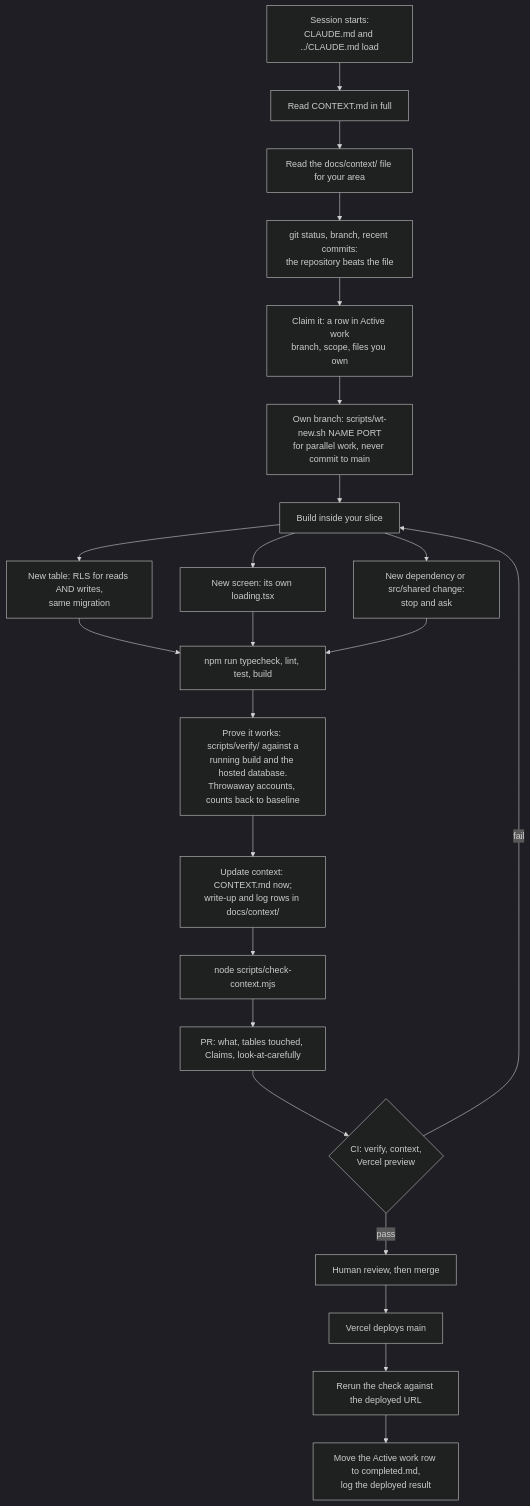
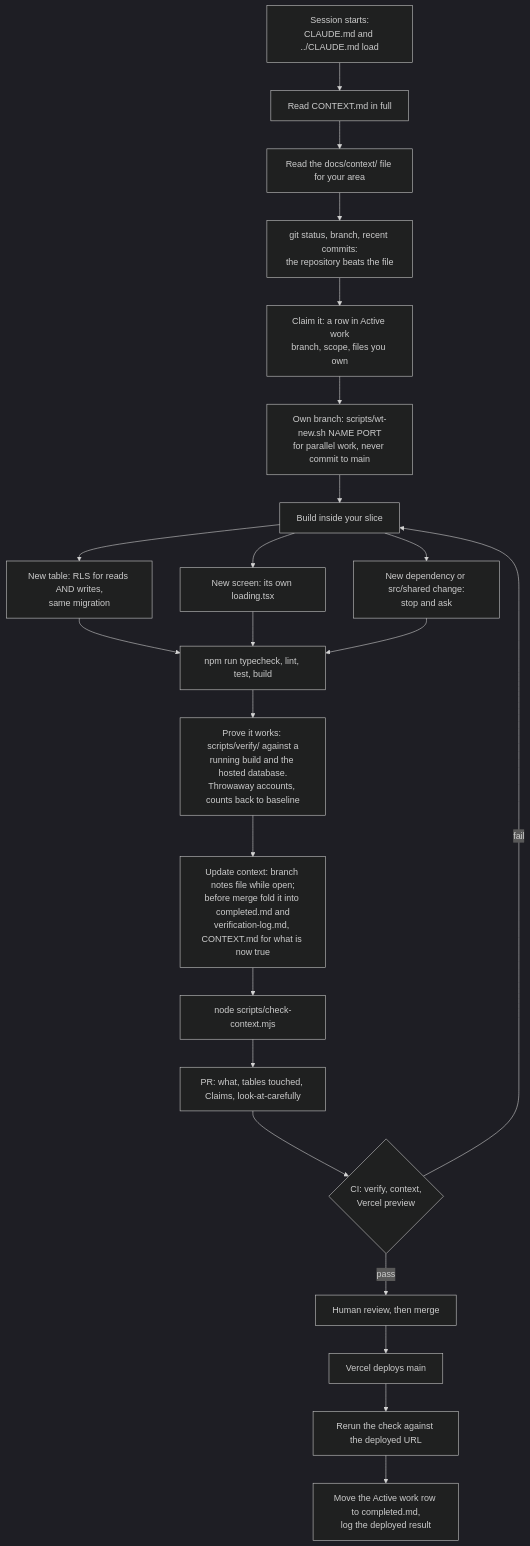
The third of 4 diagrams in docs/agent-map.md (Two19Labs/Cospire), drawn with Mermaid (dark theme) before and after one commit. The commit also changed other lines of this file and 32 other files, not shown here.

````diff
--- a/docs/agent-map.md
+++ b/docs/agent-map.md
@@ -122,25 +128,25 @@
 ```mermaid
 flowchart TD
   A["Session starts:<br/>CLAUDE.md and ../CLAUDE.md load"] --> B["Read CONTEXT.md in full"]
   B --> C["Read the docs/context/ file for your area"]
   C --> D["git status, branch, recent commits:<br/>the repository beats the file"]
   D --> E["Claim it: a row in Active work<br/>branch, scope, files you own"]
   E --> W["Own branch: scripts/wt-new.sh NAME PORT<br/>for parallel work, never commit to main"]
   W --> G["Build inside your slice"]
 
   G --> G1["New table: RLS for reads AND writes,<br/>same migration"]
   G --> G2["New screen: its own loading.tsx"]
   G --> G3["New dependency or src/shared change:<br/>stop and ask"]
 
   G1 & G2 & G3 --> H["npm run typecheck, lint, test, build"]
   H --> I["Prove it works: scripts/verify/ against a<br/>running build and the hosted database.<br/>Throwaway accounts, counts back to baseline"]
-  I --> J["Update context: CONTEXT.md now;<br/>write-up and log rows in docs/context/"]
+  I --> J["Update context: branch notes file while open;<br/>before merge fold it into completed.md and<br/>verification-log.md, CONTEXT.md for what is now true"]
   J --> K["node scripts/check-context.mjs"]
   K --> L["PR: what, tables touched, Claims, look-at-carefully"]
   L --> M{"CI: verify, context,<br/>Vercel preview"}
   M -->|"fail"| G
   M -->|"pass"| N["Human review, then merge"]
   N --> O["Vercel deploys main"]
   O --> P["Rerun the check against the deployed URL"]
   P --> Q["Move the Active work row to completed.md,<br/>log the deployed result"]
 ```
````
